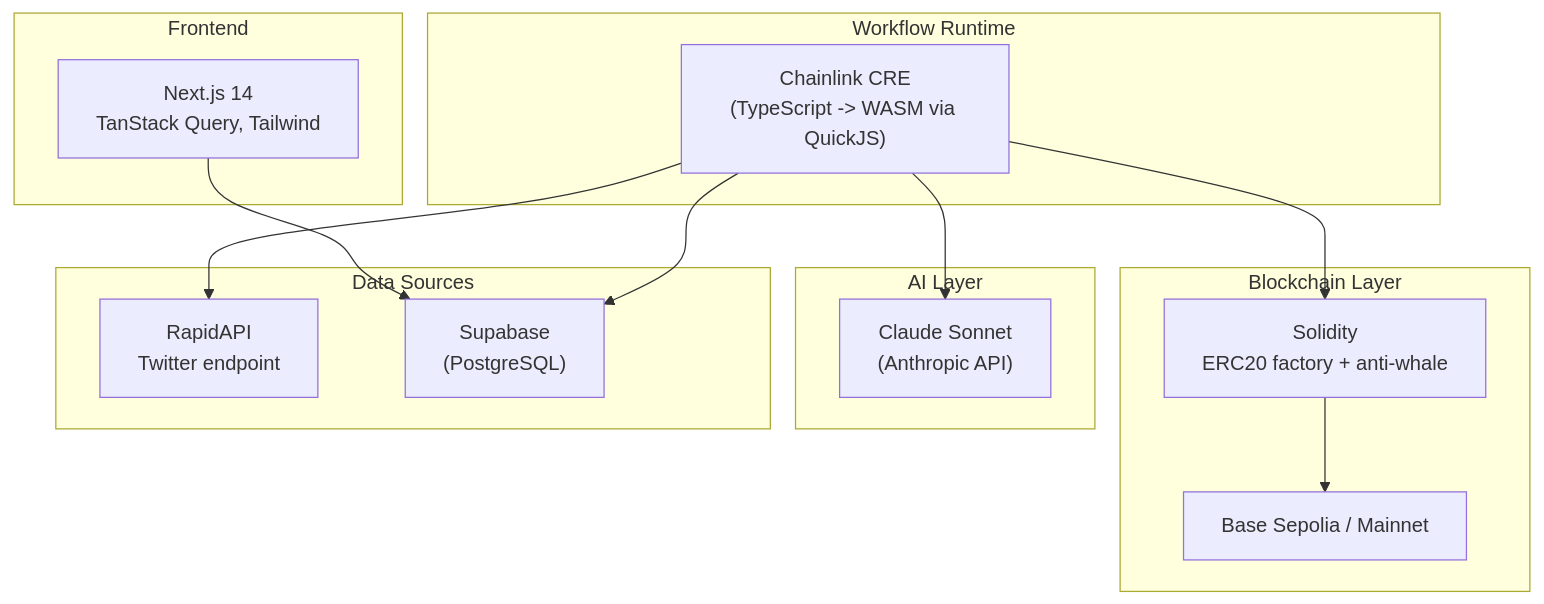
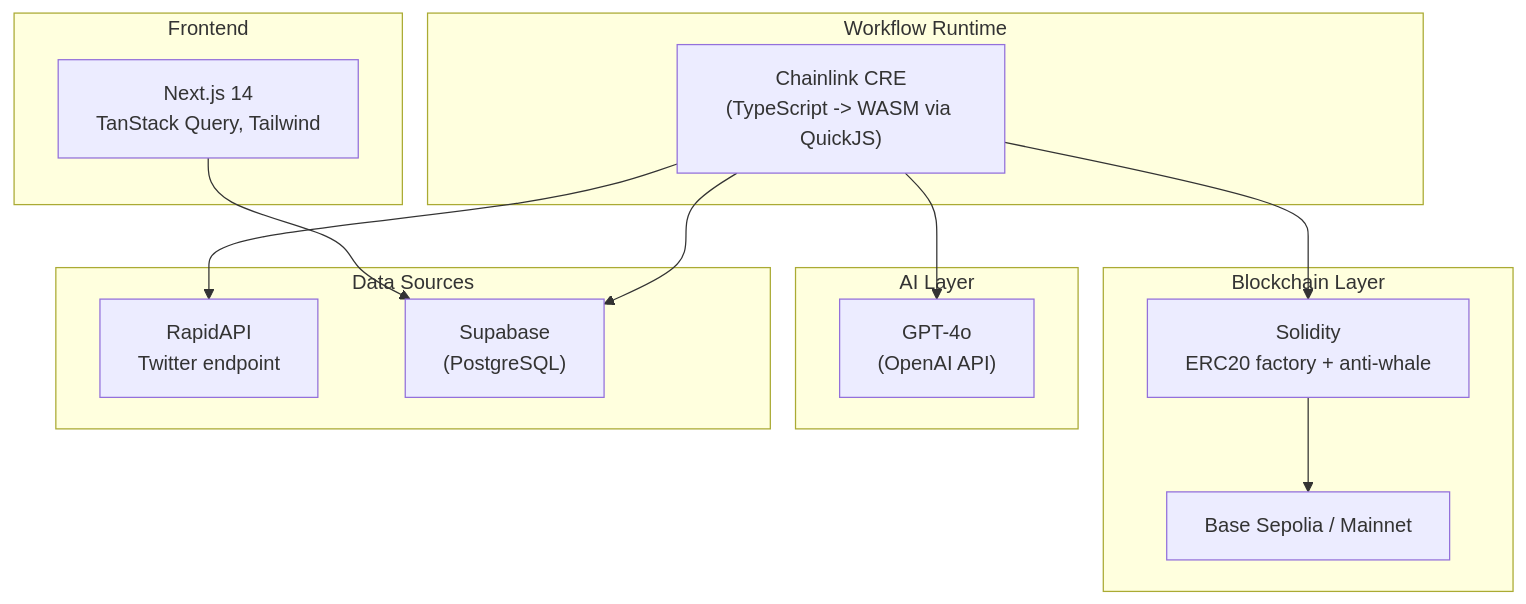
One commit to fozagtx/mina changed the third of 5 diagrams in README.md. Above: the diagram before and after it, drawn with Mermaid. The commit also changed other lines of this file and 9 other files, not shown here.

First line of the commit message:
Replace Claude/Anthropic with OpenAI across entire codebase

````diff
--- a/README.md
+++ b/README.md
@@ -39,31 +39,31 @@
 ```mermaid
 graph TD
     subgraph Runtime["Workflow Runtime"]
         CRE["Chainlink CRE\n(TypeScript -> WASM via QuickJS)"]
     end
 
     subgraph Blockchain["Blockchain Layer"]
         SC["Solidity\nERC20 factory + anti-whale"]
         BASE["Base Sepolia / Mainnet"]
     end
 
     subgraph AI["AI Layer"]
-        CLAUDE["Claude Sonnet\n(Anthropic API)"]
+        GPT["GPT-4o\n(OpenAI API)"]
     end
 
     subgraph Data["Data Sources"]
         TWITTER["RapidAPI\nTwitter endpoint"]
         SUPA["Supabase\n(PostgreSQL)"]
     end
 
     subgraph Frontend["Frontend"]
         NEXT["Next.js 14\nTanStack Query, Tailwind"]
     end
 
     CRE --> TWITTER
-    CRE --> CLAUDE
+    CRE --> GPT
     CRE --> SC
     SC --> BASE
     CRE --> SUPA
     NEXT --> SUPA
 ```
````
